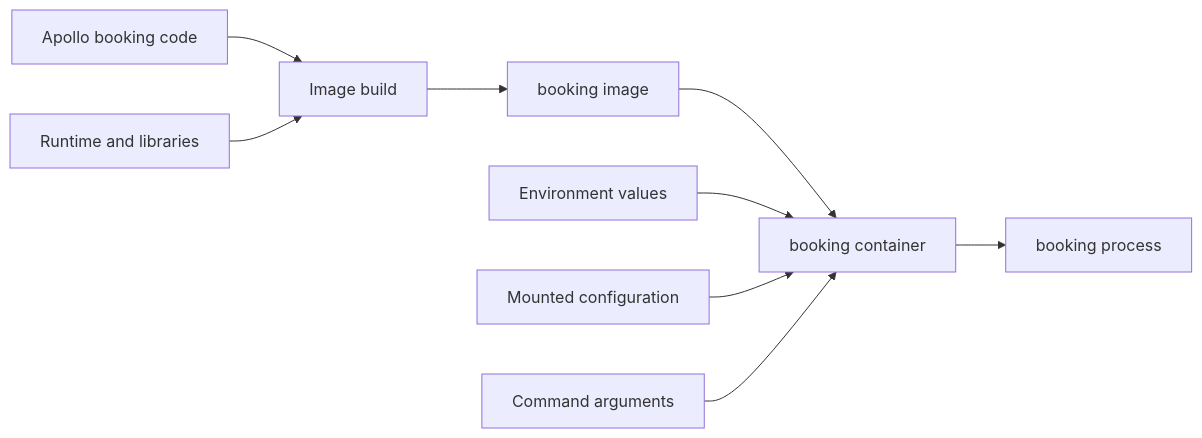
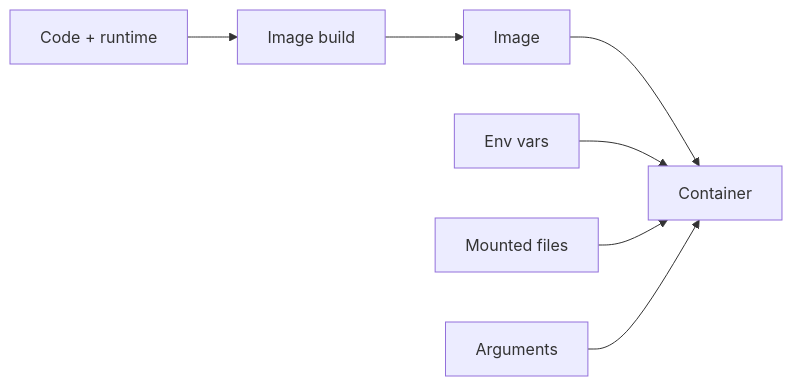
The diagram in docs/learn/containers/images-and-configuration.md (darshan-raul/apollo11-docs), drawn with Mermaid before and after one commit. The commit also changed other lines of this file and 55 other files, not shown here.

````diff
--- a/docs/learn/containers/images-and-configuration.md
+++ b/docs/learn/containers/images-and-configuration.md
@@ -33,11 +20,8 @@
-~~~mermaid
+```mermaid
 flowchart LR
-  Code[Apollo booking code] --> Build[Image build]
-  Runtime[Runtime and libraries] --> Build
-  Build --> Image[booking image]
-  Image --> Container[booking container]
-  Env[Environment values] --> Container
-  Files[Mounted configuration] --> Container
-  Args[Command arguments] --> Container
-  Container --> Process[booking process]
-~~~
+  Code[Code + runtime] --> Build[Image build] --> Image
+  Image --> Container
+  Env[Env vars] --> Container
+  Files[Mounted files] --> Container
+  Args[Arguments] --> Container
+```
````
